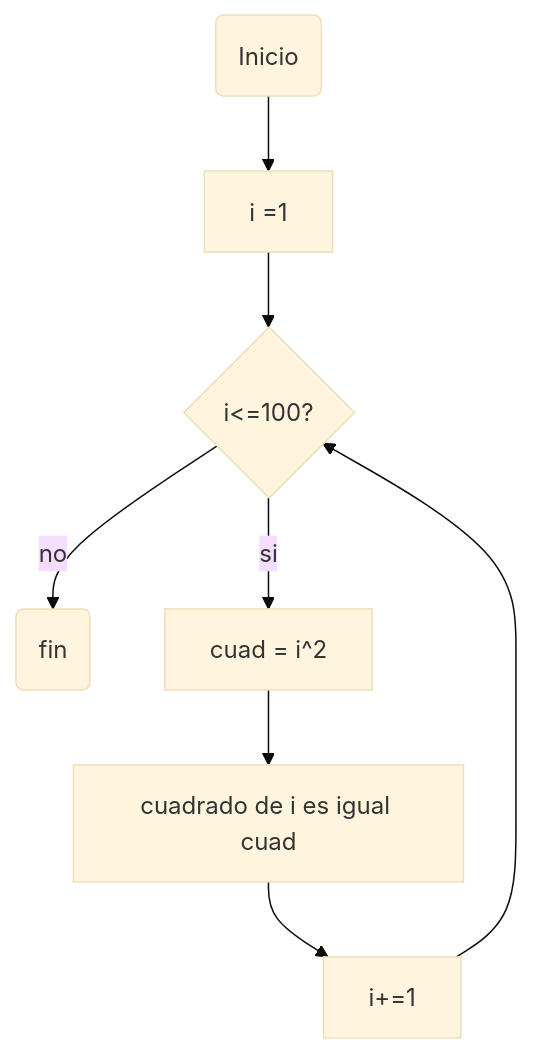
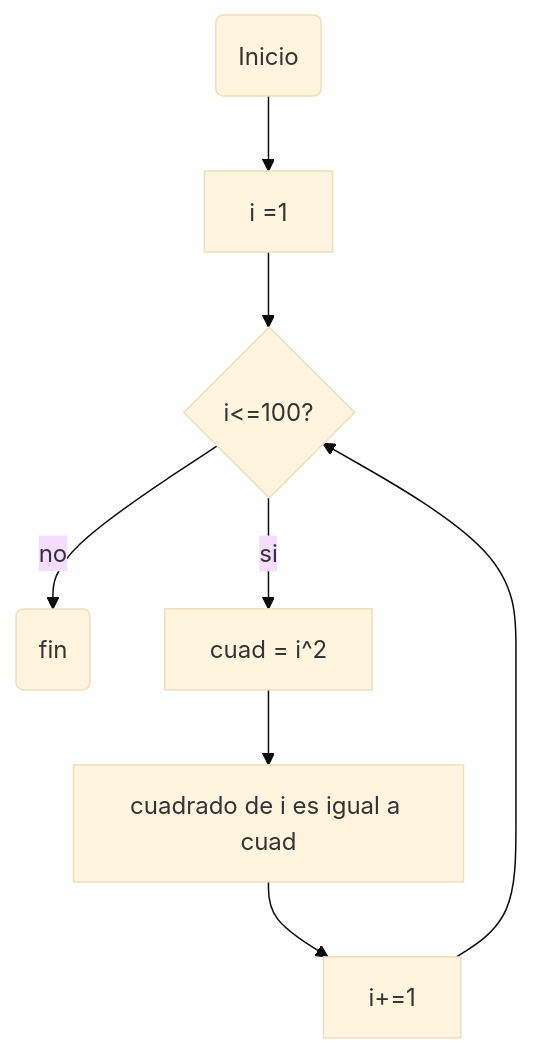
The first of 3 diagrams in README.md (SebastianCespedes12/Reto_7), drawn with Mermaid (base theme) before and after one commit.

````diff
--- a/README.md
+++ b/README.md
@@ -3,10 +3,10 @@
 ```mermaid
 flowchart TD
 A(Inicio)-->B[i =1]
 B-->C{i<=100?}
 C-->|no|G(fin)
 C-->|si|D[cuad = i^2]
-D-->E[cuadrado de i es igual cuad]
+D-->E[cuadrado de i es igual a cuad]
 E-->F[i+=1]
 F-->C
 ```
````
